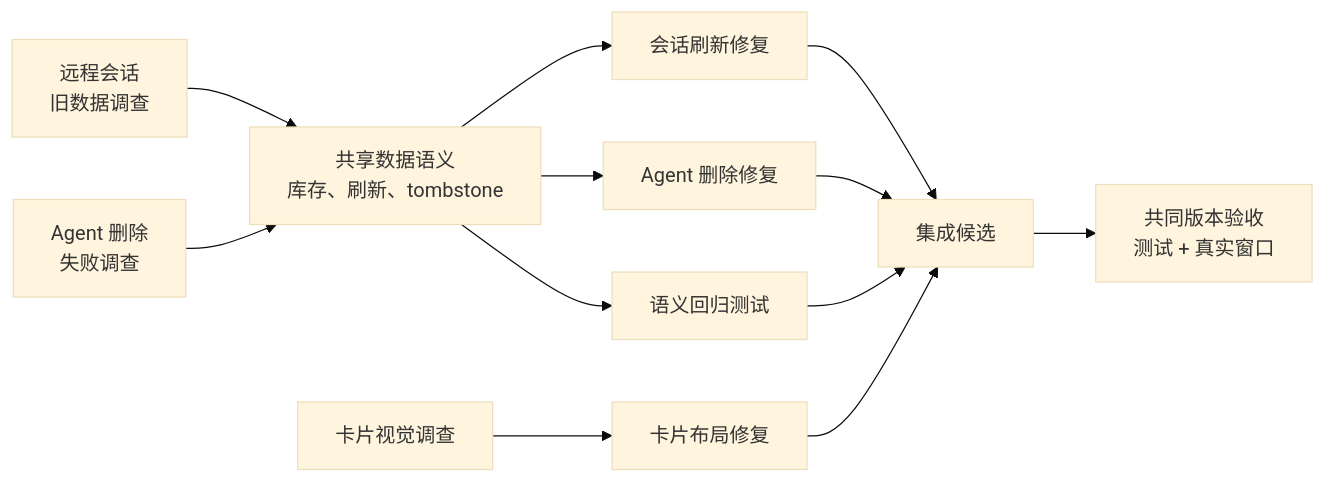
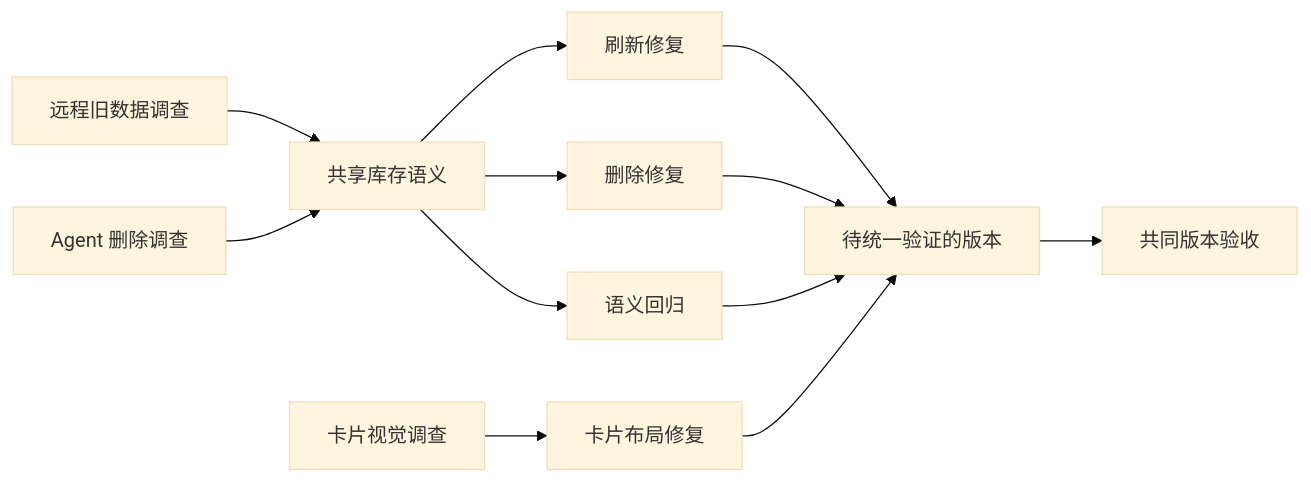
One commit to shuqianglin1997/agent-desk changed the second of 5 diagrams in docs/MULTI_AGENT_ENGINEERING_WORKFLOW_GUIDE.md. Above: the diagram before and after it, drawn with Mermaid (base theme). The commit also changed other lines of this file, not shown here.

Commit message:
docs: clarify multi-agent engineering workflow

````diff
--- a/docs/MULTI_AGENT_ENGINEERING_WORKFLOW_GUIDE.md
+++ b/docs/MULTI_AGENT_ENGINEERING_WORKFLOW_GUIDE.md
@@ -222,14 +163,14 @@
 ```mermaid
 flowchart LR
-  S["远程会话<br/>旧数据调查"] --> K["共享数据语义<br/>库存、刷新、tombstone"]
-  D["Agent 删除<br/>失败调查"] --> K
-  K --> SF["会话刷新修复"]
-  K --> DF["Agent 删除修复"]
-  K --> T["语义回归测试"]
+  S["远程旧数据调查"] --> K["共享库存语义"]
+  D["Agent 删除调查"] --> K
+  K --> SF["刷新修复"]
+  K --> DF["删除修复"]
+  K --> T["语义回归"]
   U["卡片视觉调查"] --> UF["卡片布局修复"]
-  SF --> I["集成候选"]
+  SF --> I["待统一验证的版本"]
   DF --> I
   T --> I
   UF --> I
-  I --> V["共同版本验收<br/>测试 + 真实窗口"]
+  I --> V["共同版本验收"]
 ```
````
